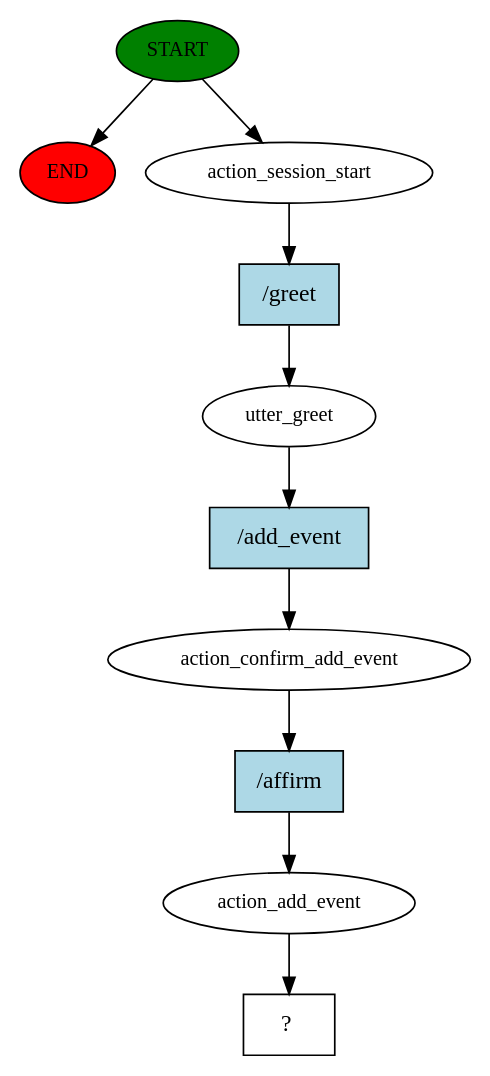
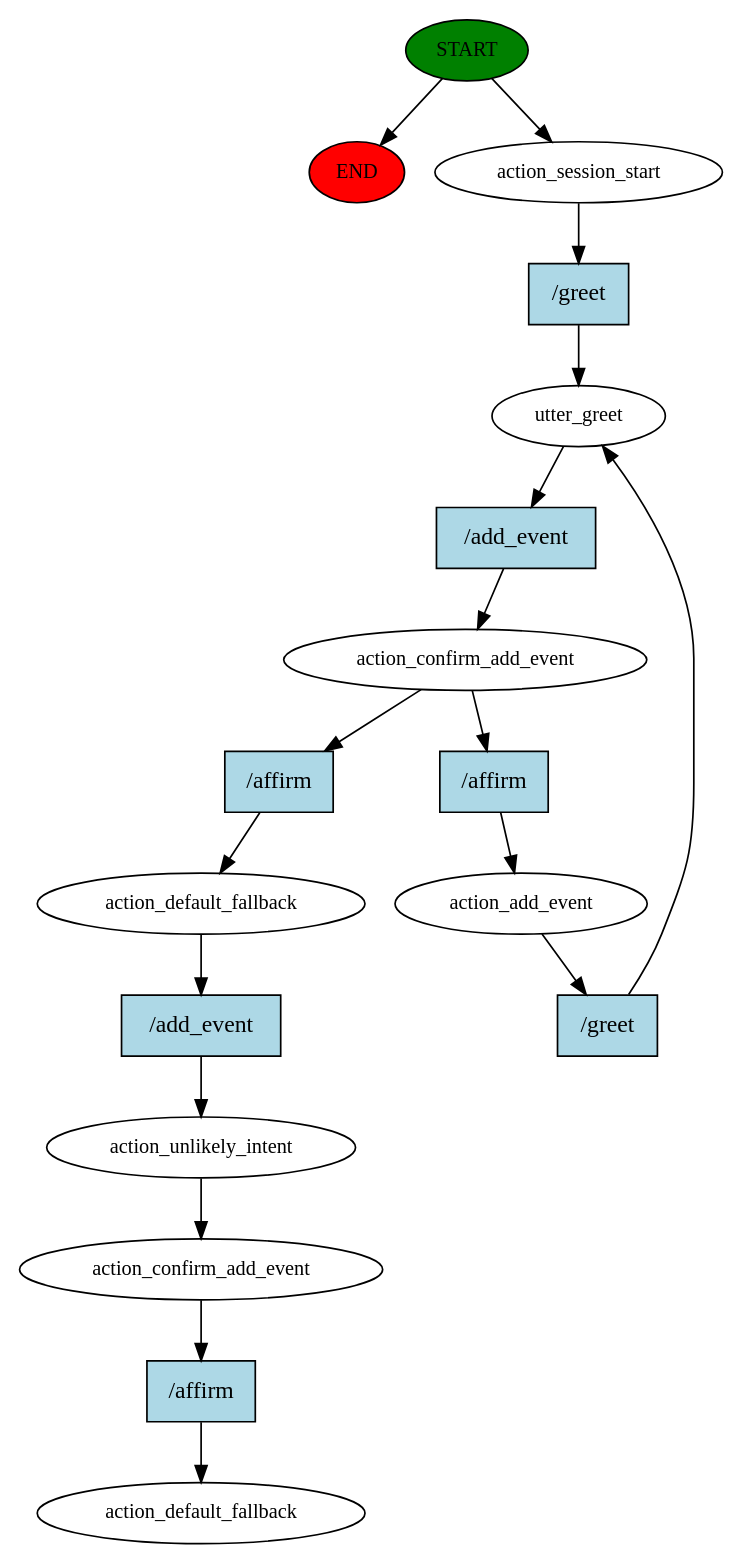
The diagram in story_graph.dot (hamza-boudouche/rasa-chatbot-pi), drawn with Graphviz before and after one commit. The commit also changed 7 other files, not shown here.

```diff
--- a/story_graph.dot
+++ b/story_graph.dot
@@ -1,21 +1,36 @@
 digraph  {
 0 [class="start active", fillcolor=green, fontsize=12, label=START, style=filled];
 "-1" [class=end, fillcolor=red, fontsize=12, label=END, style=filled];
 1 [class=active, fontsize=12, label=action_session_start];
 2 [class=active, fontsize=12, label=utter_greet];
 3 [class=active, fontsize=12, label=action_confirm_add_event];
 4 [class=active, fontsize=12, label=action_add_event];
-5 [class="intent dashed active", label="  ?  ", shape=rect];
-6 [class="intent active", fillcolor=lightblue, label="/greet", shape=rect, style=filled];
-7 [class="intent active", fillcolor=lightblue, label="/add_event", shape=rect, style=filled];
-8 [class="intent active", fillcolor=lightblue, label="/affirm", shape=rect, style=filled];
+10 [class=active, fontsize=12, label=action_default_fallback];
+11 [class=active, fontsize=12, label=action_unlikely_intent];
+12 [class=active, fontsize=12, label=action_confirm_add_event];
+13 [class="dashed active", fontsize=12, label=action_default_fallback];
+14 [class="intent active", fillcolor=lightblue, label="/greet", shape=rect, style=filled];
+15 [class="intent active", fillcolor=lightblue, label="/add_event", shape=rect, style=filled];
+16 [class="intent active", fillcolor=lightblue, label="/affirm", shape=rect, style=filled];
+17 [class="intent active", fillcolor=lightblue, label="/affirm", shape=rect, style=filled];
+18 [class="intent active", fillcolor=lightblue, label="/greet", shape=rect, style=filled];
+19 [class="intent active", fillcolor=lightblue, label="/add_event", shape=rect, style=filled];
+20 [class="intent active", fillcolor=lightblue, label="/affirm", shape=rect, style=filled];
 0 -> "-1"  [class="", key=NONE, label=""];
 0 -> 1  [class=active, key=NONE, label=""];
-1 -> 6  [class=active, key=0];
-2 -> 7  [class=active, key=0];
-3 -> 8  [class=active, key=0];
-4 -> 5  [class=active, key=NONE, label=""];
-6 -> 2  [class=active, key=0];
-7 -> 3  [class=active, key=0];
-8 -> 4  [class=active, key=0];
+1 -> 14  [class=active, key=0];
+2 -> 15  [class=active, key=0];
+3 -> 16  [class=active, key=0];
+3 -> 17  [class=active, key=0];
+4 -> 18  [class=active, key=0];
+10 -> 19  [class=active, key=0];
+11 -> 12  [class=active, key=NONE, label=""];
+12 -> 20  [class=active, key=0];
+14 -> 2  [class=active, key=0];
+15 -> 3  [class=active, key=0];
+16 -> 4  [class=active, key=0];
+17 -> 10  [class=active, key=0];
+18 -> 2  [class=active, key=0];
+19 -> 11  [class=active, key=0];
+20 -> 13  [class=active, key=0];
 }
```
